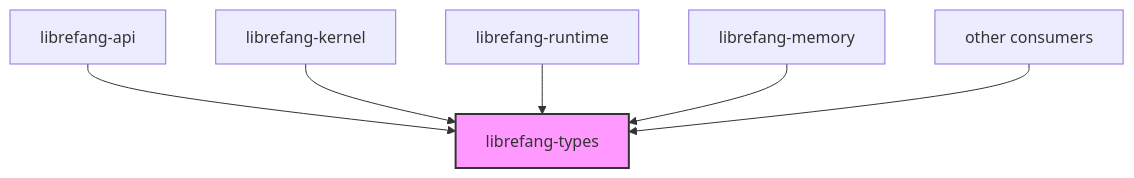
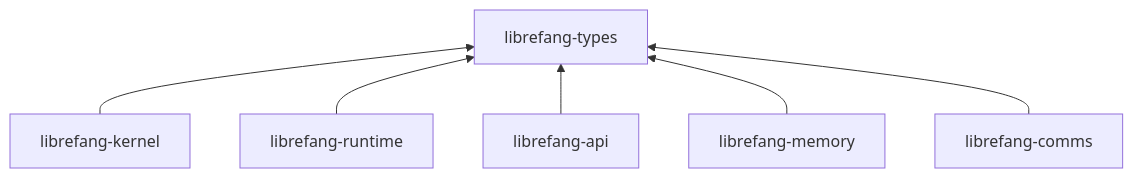
Before and after one commit to leszek3737/librefang-WIki: the diagram in other-librefang-types.md, drawn with Mermaid. The commit also changed other lines of this file and 70 other files, not shown here.

````diff
--- a/other-librefang-types.md
+++ b/other-librefang-types.md
@@ -9,17 +9,9 @@
 ```mermaid
-graph TD
-    KT["librefang-types"]
-    API["librefang-api"]
-    Kernel["librefang-kernel"]
-    Runtime["librefang-runtime"]
-    Memory["librefang-memory"]
-    Other["other consumers"]
-
-    API --> KT
-    Kernel --> KT
-    Runtime --> KT
-    Memory --> KT
-    Other --> KT
-
-    style KT fill:#f9f,stroke:#333,stroke-width:2px
+graph BT
+    types["librefang-types"]
+    kernel["librefang-kernel"] --> types
+    runtime["librefang-runtime"] --> types
+    api["librefang-api"] --> types
+    memory["librefang-memory"] --> types
+    comms["librefang-comms"] --> types
 ```
````
